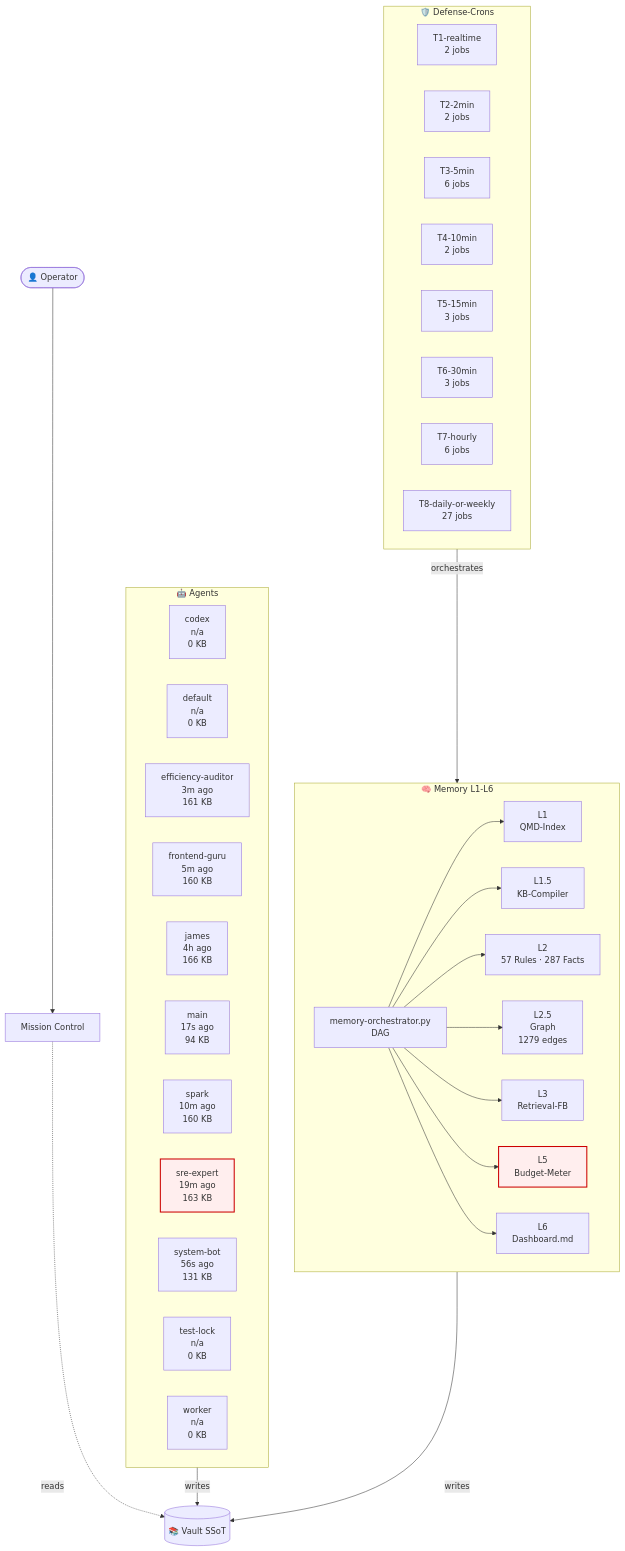
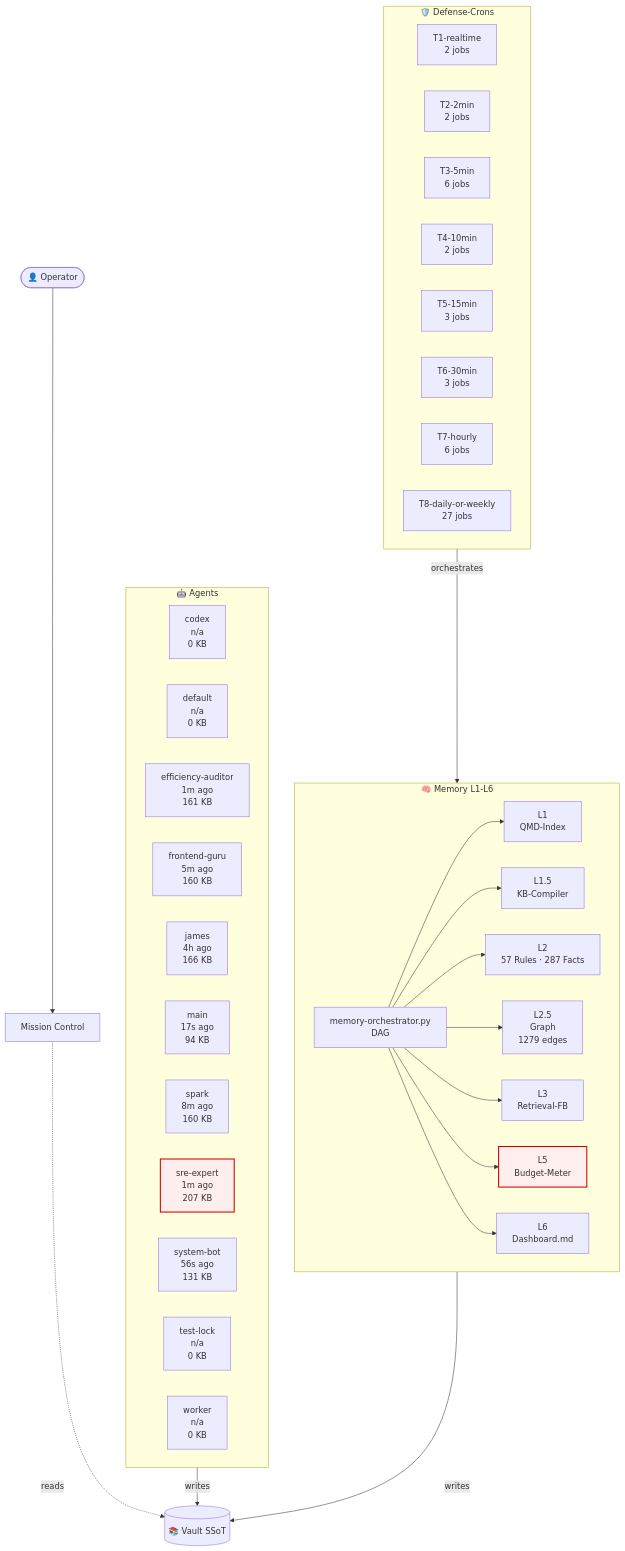
Before and after one commit to lenardhuebner88-rgb/openclaw-memory: the diagram in 03-Agents/architecture-live.md, drawn with Mermaid. The commit also changed other lines of this file and 16 other files, not shown here.

````diff
--- a/03-Agents/architecture-live.md
+++ b/03-Agents/architecture-live.md
@@ -18,54 +18,54 @@
 ```mermaid
 flowchart TB
     classDef critical fill:#fee,stroke:#c00,stroke-width:2px;
     subgraph AGT["🤖 Agents"]
         agent_codex["codex<br/>n/a<br/>0 KB"]
         agent_default["default<br/>n/a<br/>0 KB"]
-        agent_efficiency_auditor["efficiency-auditor<br/>3m ago<br/>161 KB"]
+        agent_efficiency_auditor["efficiency-auditor<br/>1m ago<br/>161 KB"]
         agent_frontend_guru["frontend-guru<br/>5m ago<br/>160 KB"]
         agent_james["james<br/>4h ago<br/>166 KB"]
         agent_main["main<br/>17s ago<br/>94 KB"]
-        agent_spark["spark<br/>10m ago<br/>160 KB"]
-        agent_sre_expert["sre-expert<br/>19m ago<br/>163 KB"]
+        agent_spark["spark<br/>8m ago<br/>160 KB"]
+        agent_sre_expert["sre-expert<br/>1m ago<br/>207 KB"]
         agent_system_bot["system-bot<br/>56s ago<br/>131 KB"]
         agent_test_lock["test-lock<br/>n/a<br/>0 KB"]
         agent_worker["worker<br/>n/a<br/>0 KB"]
     end
     subgraph MEM["🧠 Memory L1-L6"]
         L1["L1<br/>QMD-Index"]
         L15["L1.5<br/>KB-Compiler"]
         L2["L2<br/>57 Rules · 287 Facts"]
         L25["L2.5<br/>Graph<br/>1279 edges"]
         L3["L3<br/>Retrieval-FB"]
         L5["L5<br/>Budget-Meter"]
         L6["L6<br/>Dashboard.md"]
         ORCH["memory-orchestrator.py<br/>DAG"]
     end
     subgraph CRN["🛡️ Defense-Crons"]
         tier_T1_realtime["T1-realtime<br/>2 jobs"]
         tier_T2_2min["T2-2min<br/>2 jobs"]
         tier_T3_5min["T3-5min<br/>6 jobs"]
         tier_T4_10min["T4-10min<br/>2 jobs"]
         tier_T5_15min["T5-15min<br/>3 jobs"]
         tier_T6_30min["T6-30min<br/>3 jobs"]
         tier_T7_hourly["T7-hourly<br/>6 jobs"]
         tier_T8_daily_or_weekly["T8-daily-or-weekly<br/>27 jobs"]
     end
     VAULT[("📚 Vault SSoT")]
     OP([👤 Operator])
     MC["Mission Control"]
     OP --> MC
     MC -.reads.-> VAULT
     AGT -->|writes| VAULT
     MEM -->|writes| VAULT
     ORCH --> L1
     ORCH --> L15
     ORCH --> L2
     ORCH --> L25
     ORCH --> L3
     ORCH --> L5
     ORCH --> L6
     CRN -->|orchestrates| MEM
     class L5 critical
     class agent_sre_expert critical
 ```
````
